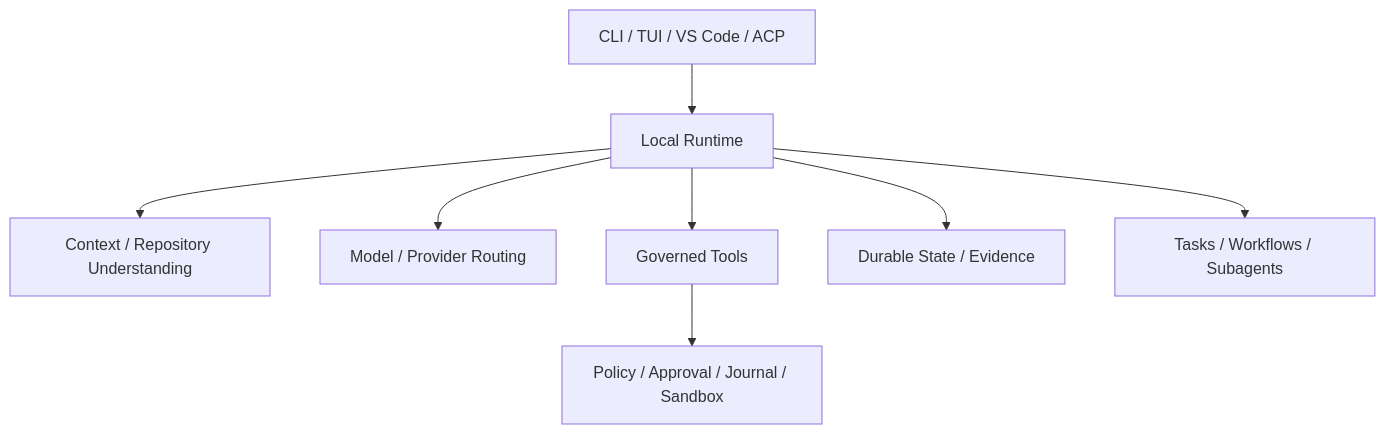
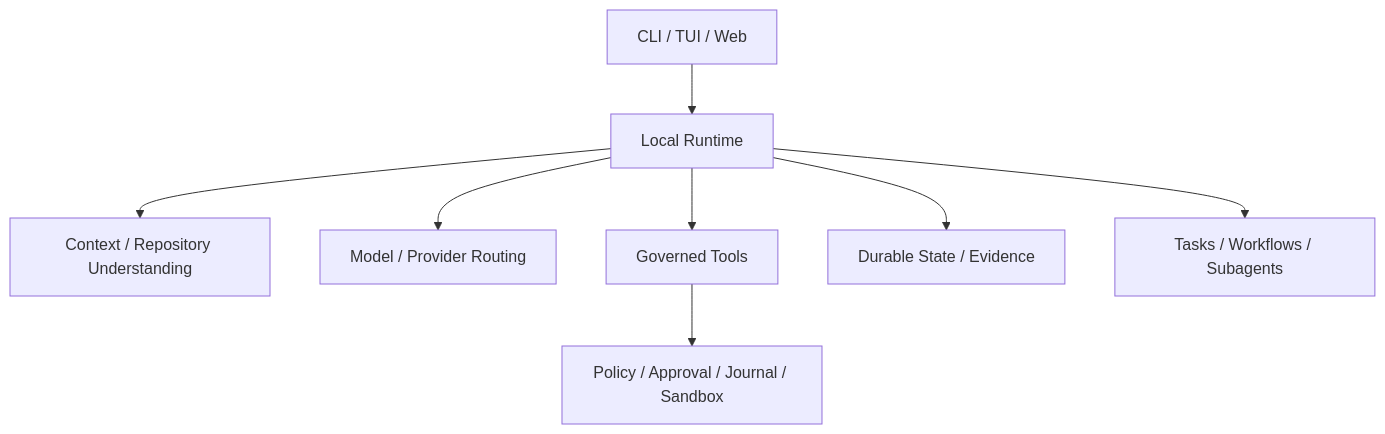
Before and after one commit to fwtllh-png/CodeHelper: the diagram in docs/book/zh-CN/02-codehelper-overview/01-positioning-and-non-goals.md, drawn with Mermaid. The commit also changed other lines of this file and 439 other files, not shown here.

Commit message:
feat(web): make browser the primary runtime entry

````diff
--- a/docs/book/zh-CN/02-codehelper-overview/01-positioning-and-non-goals.md
+++ b/docs/book/zh-CN/02-codehelper-overview/01-positioning-and-non-goals.md
@@ -98,10 +98,10 @@
 ```mermaid
 flowchart TB
-    H[CLI / TUI / VS Code / ACP] --> R[Local Runtime]
+    H[CLI / TUI / Web] --> R[Local Runtime]
     R --> C[Context / Repository Understanding]
     R --> M[Model / Provider Routing]
     R --> T[Governed Tools]
     R --> D[Durable State / Evidence]
     R --> O[Tasks / Workflows / Subagents]
     T --> S[Policy / Approval / Journal / Sandbox]
 ```
````
